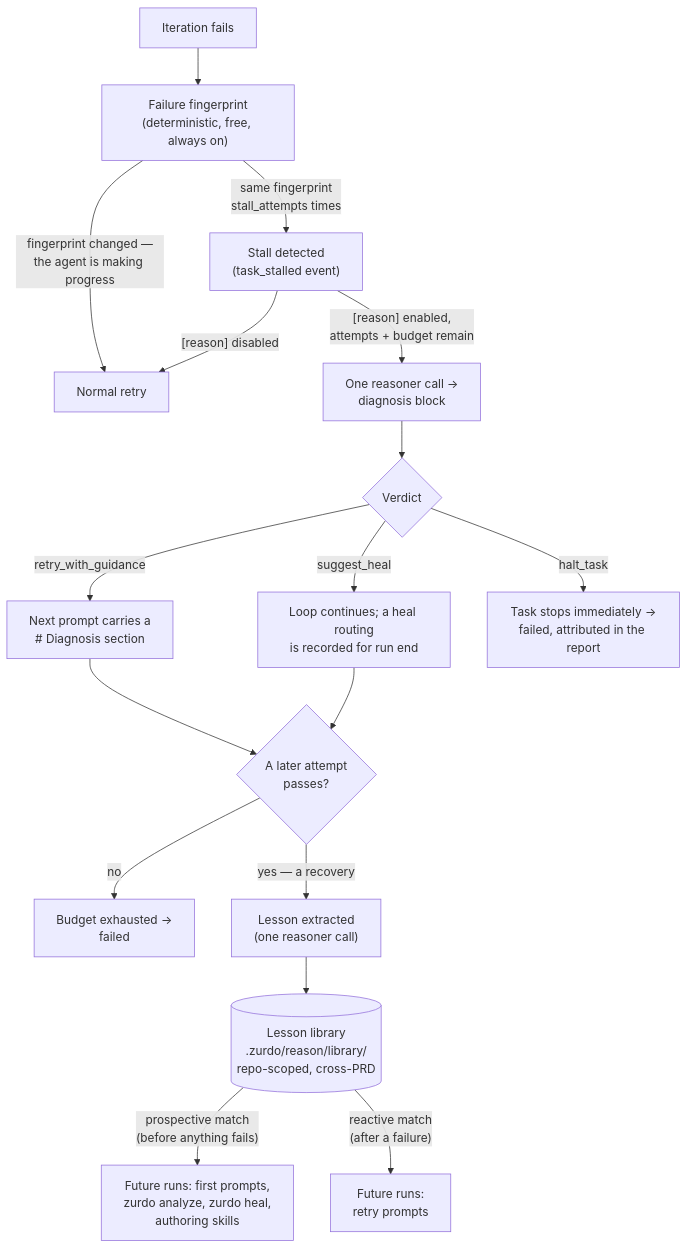
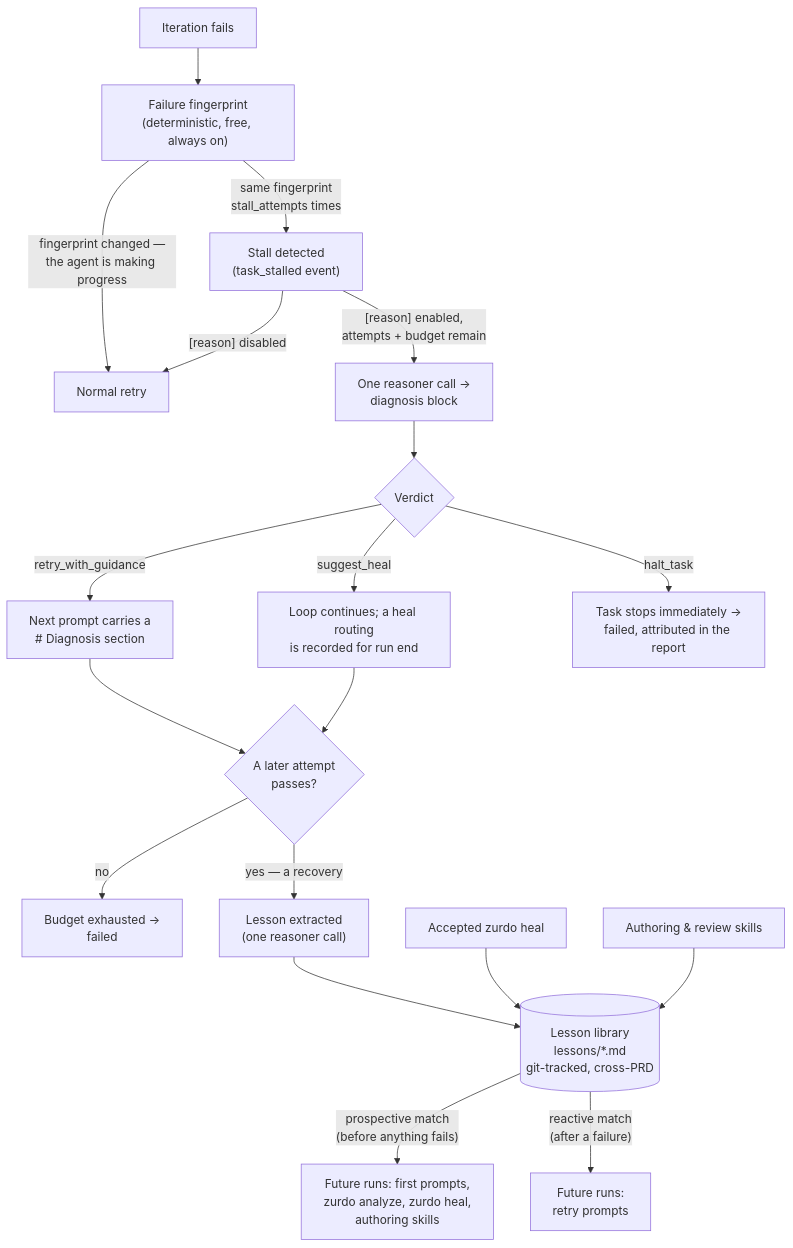
Before and after one commit to NumeronAI/zurdo.github.io: the diagram in docs/reason.md, drawn with Mermaid. The commit also changed other lines of this file and 9 other files, not shown here.

First line of the commit message:
Update docs to v1.21.0: completion gate, lesson obligations, lessons as source, lint roster

````diff
--- a/docs/reason.md
+++ b/docs/reason.md
@@ -32,19 +32,21 @@
 ```mermaid
 flowchart TD
     FAIL["Iteration fails"] --> FP["Failure fingerprint<br/>(deterministic, free, always on)"]
     FP -->|"fingerprint changed —<br/>the agent is making progress"| RETRY["Normal retry"]
     FP -->|"same fingerprint<br/>stall_attempts times"| STALL["Stall detected<br/>(task_stalled event)"]
     STALL -->|"[reason] disabled"| RETRY
     STALL -->|"[reason] enabled,<br/>attempts + budget remain"| DIAG["One reasoner call →<br/>diagnosis block"]
     DIAG --> V{"Verdict"}
     V -->|retry_with_guidance| INJ["Next prompt carries a<br/># Diagnosis section"]
     V -->|suggest_heal| ROUTE["Loop continues; a heal routing<br/>is recorded for run end"]
     V -->|halt_task| HALT["Task stops immediately →<br/>failed, attributed in the report"]
     INJ --> OUT{"A later attempt<br/>passes?"}
     ROUTE --> OUT
     OUT -->|"no"| EXHAUST["Budget exhausted →<br/>failed"]
     OUT -->|"yes — a recovery"| EXTRACT["Lesson extracted<br/>(one reasoner call)"]
-    EXTRACT --> LIB[("Lesson library<br/>.zurdo/reason/library/<br/>repo-scoped, cross-PRD")]
+    EXTRACT --> LIB[("Lesson library<br/>lessons/*.md<br/>git-tracked, cross-PRD")]
+    HEAL["Accepted zurdo heal"] --> LIB
+    SKILLS["Authoring & review skills"] --> LIB
     LIB -->|"prospective match<br/>(before anything fails)"| FUT1["Future runs: first prompts,<br/>zurdo analyze, zurdo heal,<br/>authoring skills"]
     LIB -->|"reactive match<br/>(after a failure)"| FUT2["Future runs:<br/>retry prompts"]
 ```
````
